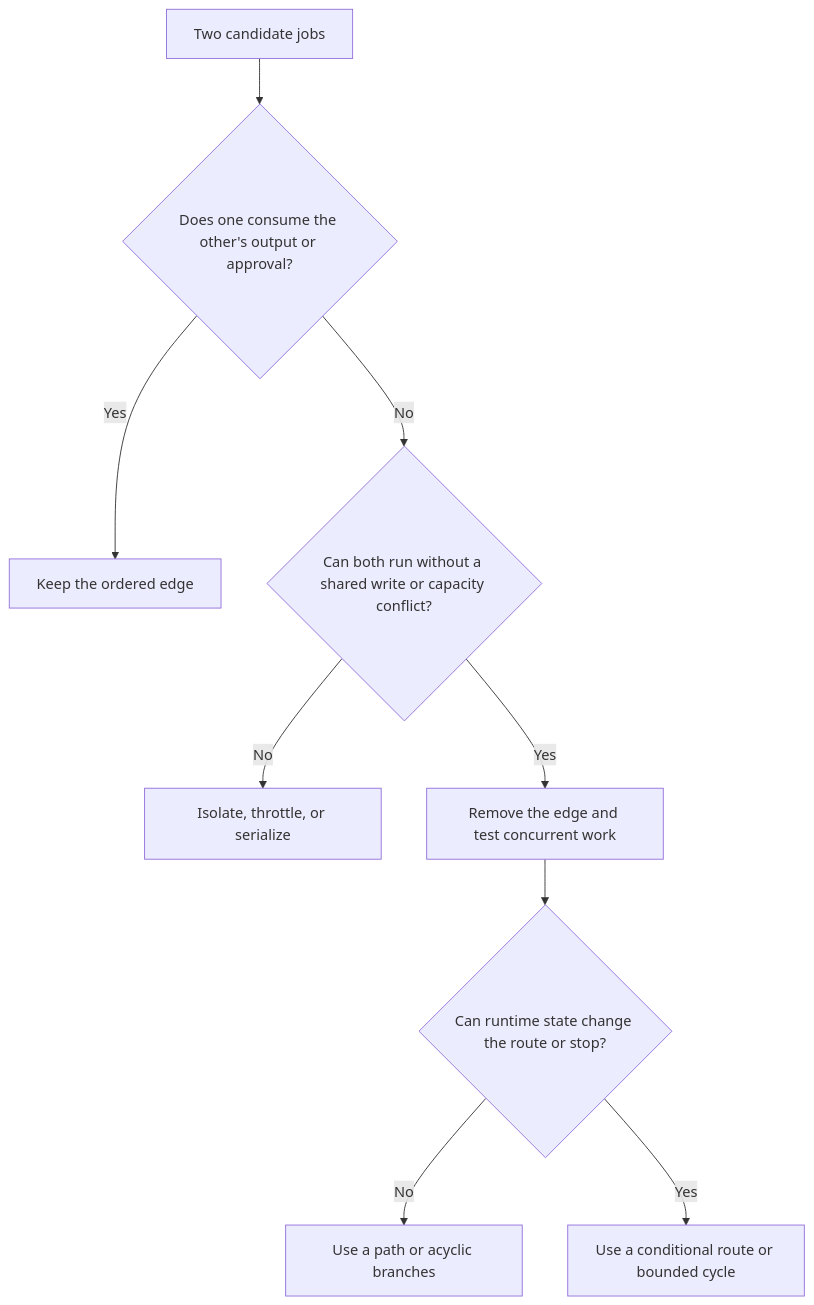
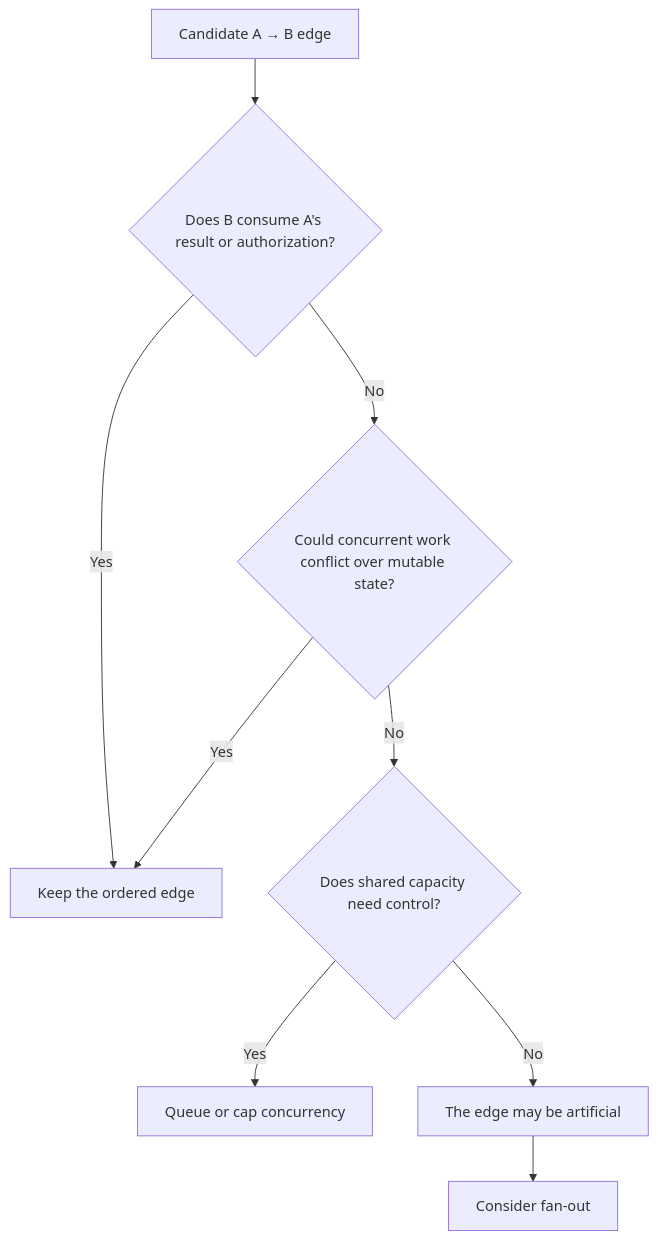
One commit to Herbertcuba/herbertcuba-personal-blog changed the first of 3 diagrams in src/drafts/df3f4646.md. Above: the diagram before and after it, drawn with Mermaid. The commit also changed other lines of this file, not shown here.

Commit message:
draft(t_3af0b546): Use a Pipeline Until the Work Proves It Needs a Graph

````diff
--- a/src/drafts/df3f4646.md
+++ b/src/drafts/df3f4646.md
@@ -27,11 +25,11 @@
 ```mermaid
 flowchart TD
-    A[Two candidate jobs] --> B{Does one consume the other's output or approval?}
-    B -- Yes --> C[Keep the ordered edge]
-    B -- No --> D{Can both run without a shared write or capacity conflict?}
-    D -- No --> E[Isolate, throttle, or serialize]
-    D -- Yes --> F[Remove the edge and test concurrent work]
-    F --> G{Can runtime state change the route or stop?}
-    G -- No --> H[Use a path or acyclic branches]
-    G -- Yes --> I[Use a conditional route or bounded cycle]
+    A["Candidate A → B edge"] --> B{"Does B consume A's result or authorization?"}
+    B -->|Yes| C["Keep the ordered edge"]
+    B -->|No| D{"Could concurrent work conflict over mutable state?"}
+    D -->|Yes| C
+    D -->|No| E{"Does shared capacity need control?"}
+    E -->|Yes| F["Queue or cap concurrency"]
+    E -->|No| G["The edge may be artificial"]
+    G --> H["Consider fan-out"]
 ```
````
